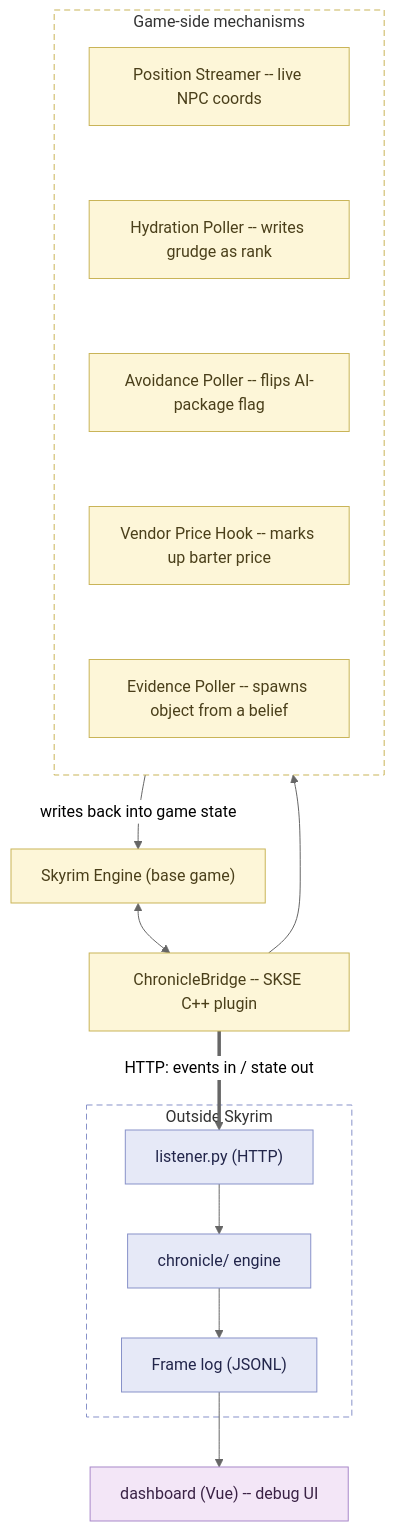
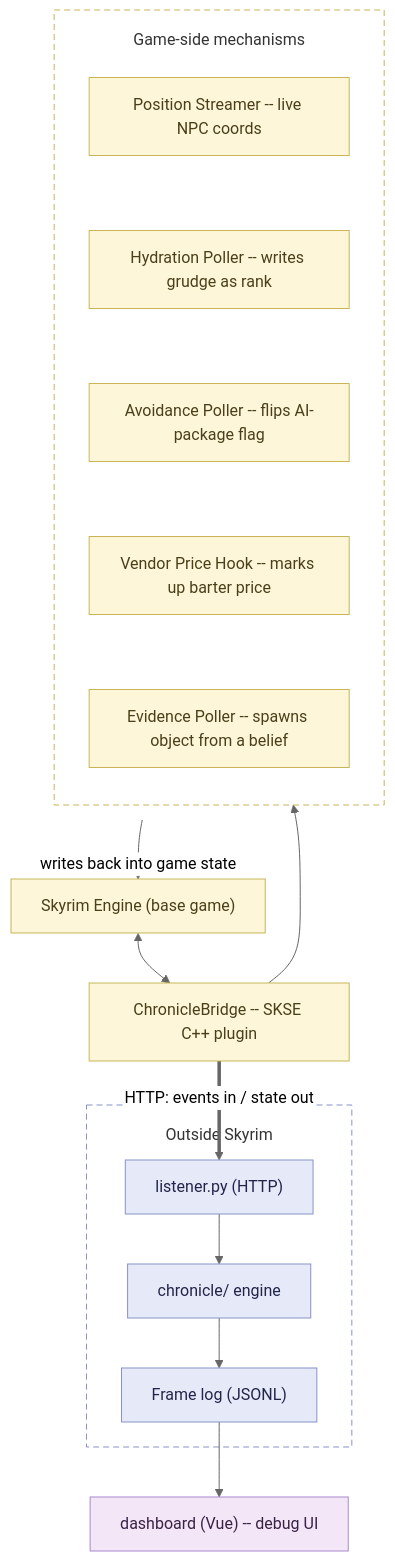
One commit to ByteBard97/Chronicle changed the first of 4 diagrams in README.md. Above: the diagram before and after it, drawn with Mermaid (neutral theme). The commit also changed other lines of this file and 3 other files, not shown here.

First line of the commit message:
Docs site: fix diagram label overlap/contrast, add zoom, default dark

````diff
--- a/README.md
+++ b/README.md
@@ -39,26 +39,27 @@
 ```mermaid
+%%{init: {'flowchart': {'subGraphTitleMargin': {'top': 18, 'bottom': 12}}}}%%
 flowchart TB
-    ENGINE["Skyrim Engine (base game)"] <--> BRIDGE["ChronicleBridge -- SKSE C++ plugin"]
+    ENGINE["<span style='color:#4a3f1a'>Skyrim Engine (base game)</span>"] <--> BRIDGE["<span style='color:#4a3f1a'>ChronicleBridge -- SKSE C++ plugin</span>"]
     BRIDGE =="HTTP: events in / state out"==> LISTENER
     BRIDGE --> POS
 
     subgraph PYTHON["Outside Skyrim"]
-        LISTENER["listener.py (HTTP)"] --> CORE["chronicle/ engine"] --> LOG["Frame log (JSONL)"]
+        LISTENER["<span style='color:#22254a'>listener.py (HTTP)</span>"] --> CORE["<span style='color:#22254a'>chronicle/ engine</span>"] --> LOG["<span style='color:#22254a'>Frame log (JSONL)</span>"]
     end
-    LOG --> DASH["dashboard (Vue) -- debug UI"]
+    LOG --> DASH["<span style='color:#3a2245'>dashboard (Vue) -- debug UI</span>"]
 
     subgraph MECH["Game-side mechanisms"]
         direction TB
-        POS["Position Streamer -- live NPC coords"] ~~~ HYD["Hydration Poller -- writes grudge as rank"] ~~~ AVOID["Avoidance Poller -- flips AI-package flag"] ~~~ VEND["Vendor Price Hook -- marks up barter price"] ~~~ EVID["Evidence Poller -- spawns object from a belief"]
+        POS["<span style='color:#4a3f1a'>Position Streamer -- live NPC coords</span>"] ~~~ HYD["<span style='color:#4a3f1a'>Hydration Poller -- writes grudge as rank</span>"] ~~~ AVOID["<span style='color:#4a3f1a'>Avoidance Poller -- flips AI-package flag</span>"] ~~~ VEND["<span style='color:#4a3f1a'>Vendor Price Hook -- marks up barter price</span>"] ~~~ EVID["<span style='color:#4a3f1a'>Evidence Poller -- spawns object from a belief</span>"]
     end
     MECH -- "writes back into game state" --> ENGINE
 
     classDef ingame fill:#fdf6d8,stroke:#c9b458,color:#4a3f1a;
     classDef host fill:#e6e9f7,stroke:#8892c9,color:#22254a;
     classDef debug fill:#f3e6f7,stroke:#a888c9,color:#3a2245;
     class ENGINE,BRIDGE,POS,HYD,AVOID,VEND,EVID ingame
     class LISTENER,CORE,LOG host
     class DASH debug
     style PYTHON stroke-dasharray: 6 4,fill:none,stroke:#8892c9
     style MECH stroke-dasharray: 6 4,fill:none,stroke:#c9b458
 ```
````
